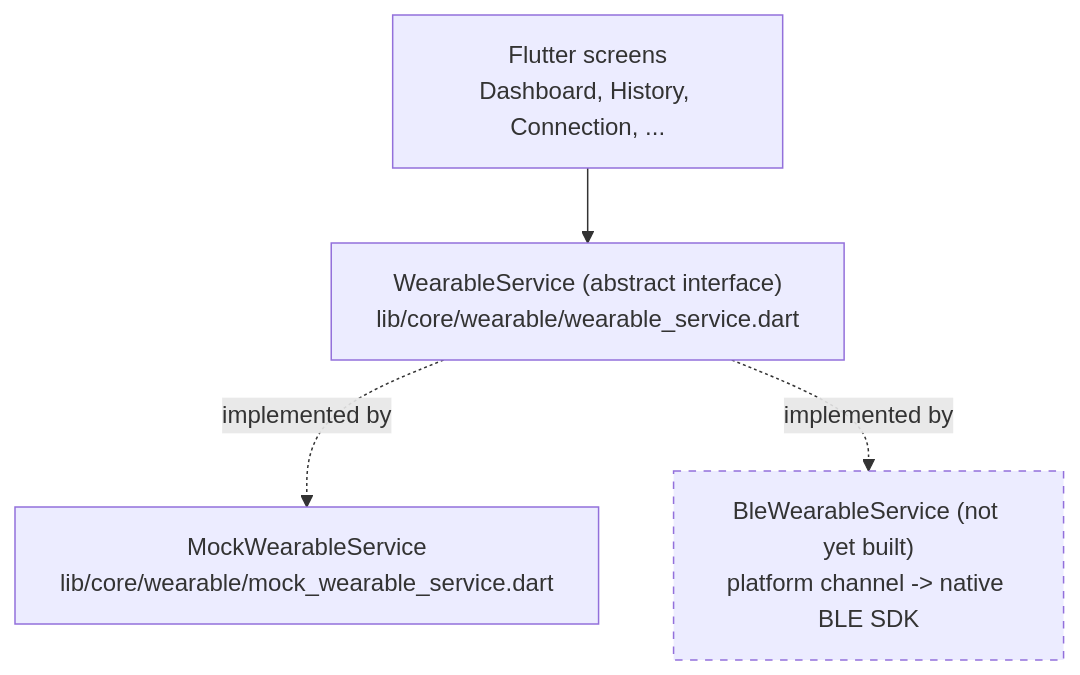
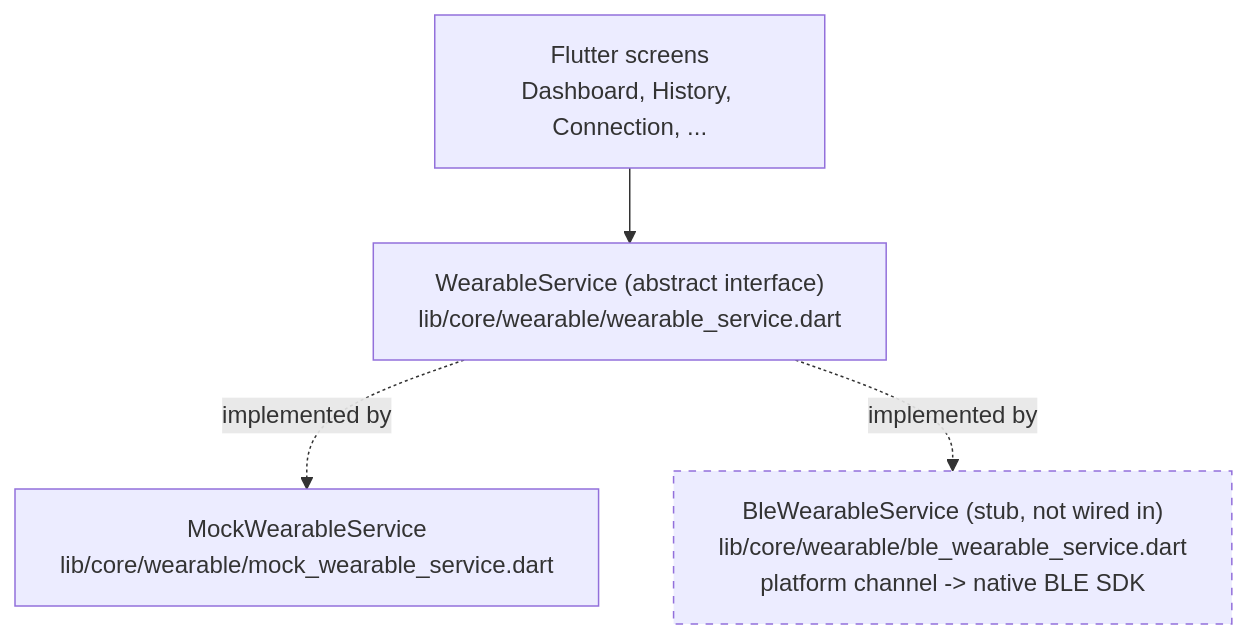
One commit to thisisroshans/erbrains changed the first of 2 diagrams in docs/WEARABLE_INTEGRATION.md. Above: the diagram before and after it, drawn with Mermaid. The commit also changed other lines of this file and 56 other files, not shown here.

````diff
--- a/docs/WEARABLE_INTEGRATION.md
+++ b/docs/WEARABLE_INTEGRATION.md
@@ -5,13 +5,13 @@
 ```mermaid
 flowchart TB
     Screens["Flutter screens\nDashboard, History, Connection, ..."]
     Iface["WearableService (abstract interface)\nlib/core/wearable/wearable_service.dart"]
     Mock["MockWearableService\nlib/core/wearable/mock_wearable_service.dart"]
-    Real["BleWearableService (not yet built)\nplatform channel -> native BLE SDK"]
+    Real["BleWearableService (stub, not wired in)\nlib/core/wearable/ble_wearable_service.dart\nplatform channel -> native BLE SDK"]
 
     Screens --> Iface
     Iface -.implemented by.-> Mock
     Iface -.implemented by.-> Real
 
     style Real stroke-dasharray: 5 5
 ```
````
